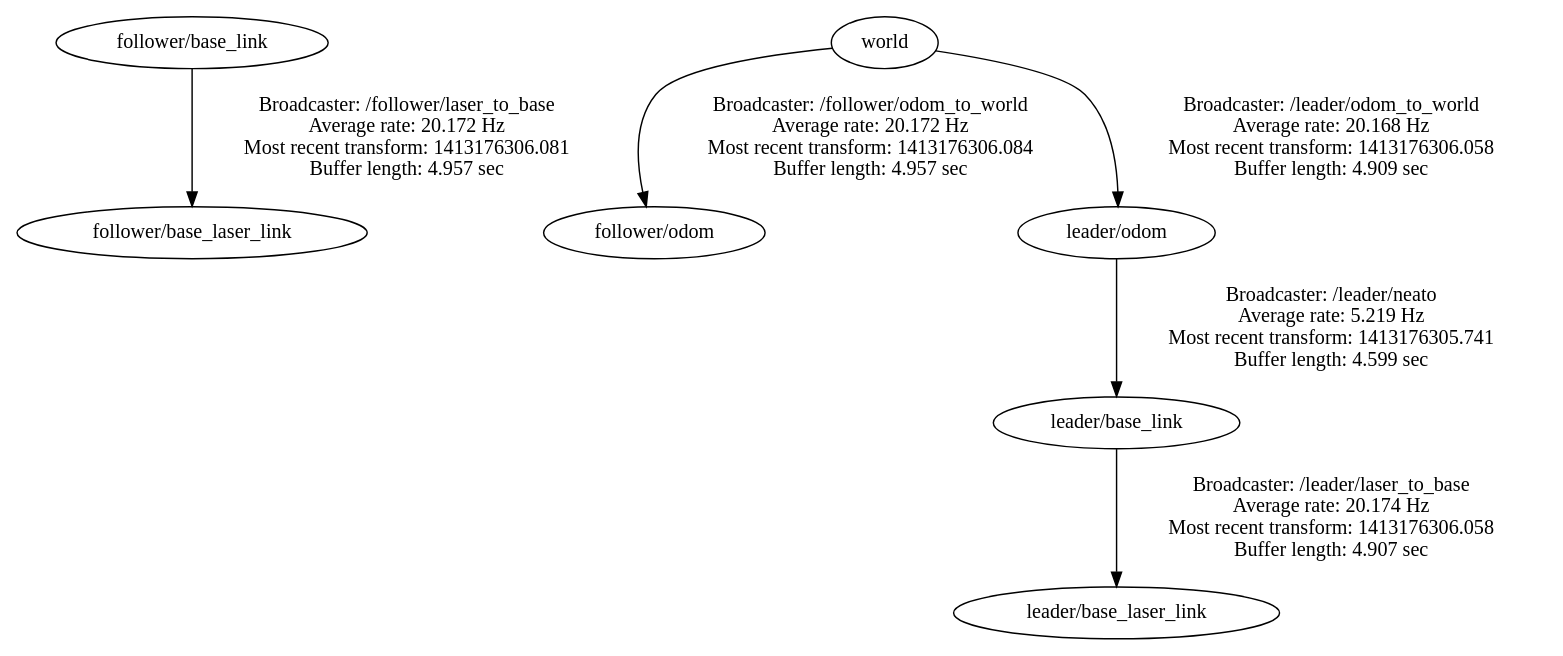
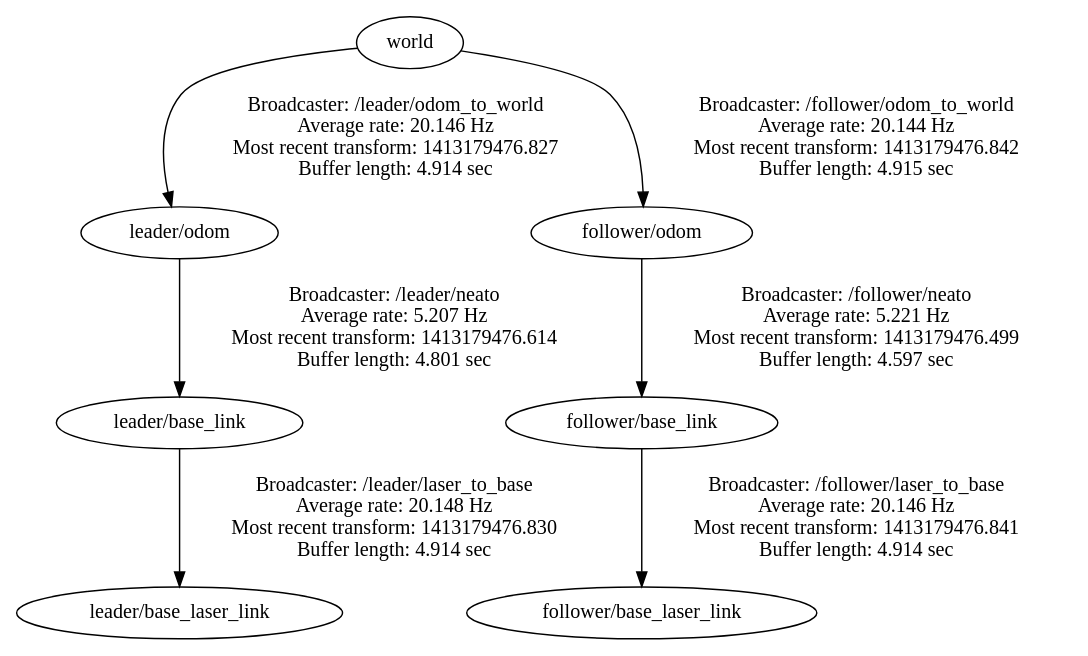
The diagram in neato_horde/horde_node/launch/frames.gv (srli/NeatoHorde), drawn with Graphviz before and after one commit. The commit also changed 7 other files, not shown here.

```diff
--- a/neato_horde/horde_node/launch/frames.gv
+++ b/neato_horde/horde_node/launch/frames.gv
@@ -1,7 +1,8 @@
 digraph G {
-"follower/base_link" -> "follower/base_laser_link"[label="Broadcaster: /follower/laser_to_base\nAverage rate: 20.172 Hz\nMost recent transform: 1413176306.081 \nBuffer length: 4.957 sec\n"];
-"world" -> "follower/odom"[label="Broadcaster: /follower/odom_to_world\nAverage rate: 20.172 Hz\nMost recent transform: 1413176306.084 \nBuffer length: 4.957 sec\n"];
-"world" -> "leader/odom"[label="Broadcaster: /leader/odom_to_world\nAverage rate: 20.168 Hz\nMost recent transform: 1413176306.058 \nBuffer length: 4.909 sec\n"];
-"leader/base_link" -> "leader/base_laser_link"[label="Broadcaster: /leader/laser_to_base\nAverage rate: 20.174 Hz\nMost recent transform: 1413176306.058 \nBuffer length: 4.907 sec\n"];
-"leader/odom" -> "leader/base_link"[label="Broadcaster: /leader/neato\nAverage rate: 5.219 Hz\nMost recent transform: 1413176305.741 \nBuffer length: 4.599 sec\n"];
+"world" -> "leader/odom"[label="Broadcaster: /leader/odom_to_world\nAverage rate: 20.146 Hz\nMost recent transform: 1413179476.827 \nBuffer length: 4.914 sec\n"];
+"leader/base_link" -> "leader/base_laser_link"[label="Broadcaster: /leader/laser_to_base\nAverage rate: 20.148 Hz\nMost recent transform: 1413179476.830 \nBuffer length: 4.914 sec\n"];
+"leader/odom" -> "leader/base_link"[label="Broadcaster: /leader/neato\nAverage rate: 5.207 Hz\nMost recent transform: 1413179476.614 \nBuffer length: 4.801 sec\n"];
+"follower/base_link" -> "follower/base_laser_link"[label="Broadcaster: /follower/laser_to_base\nAverage rate: 20.146 Hz\nMost recent transform: 1413179476.841 \nBuffer length: 4.914 sec\n"];
+"follower/odom" -> "follower/base_link"[label="Broadcaster: /follower/neato\nAverage rate: 5.221 Hz\nMost recent transform: 1413179476.499 \nBuffer length: 4.597 sec\n"];
+"world" -> "follower/odom"[label="Broadcaster: /follower/odom_to_world\nAverage rate: 20.144 Hz\nMost recent transform: 1413179476.842 \nBuffer length: 4.915 sec\n"];
 }
```
